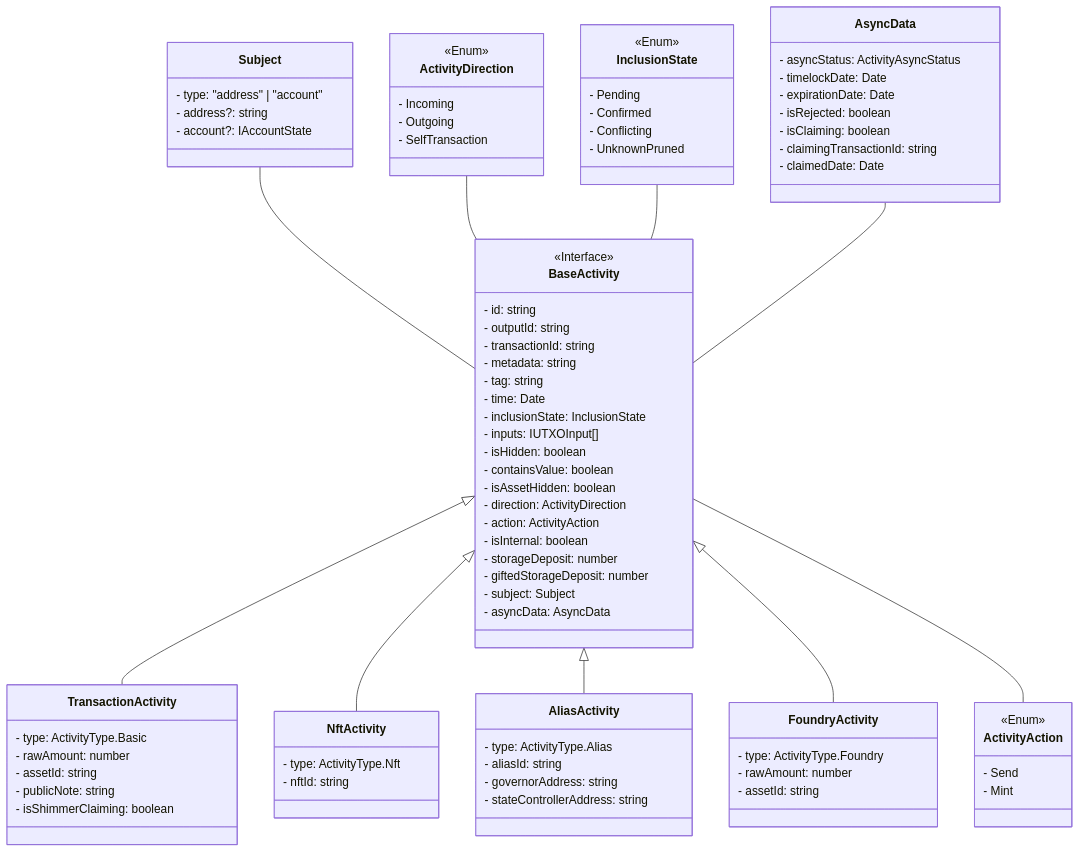
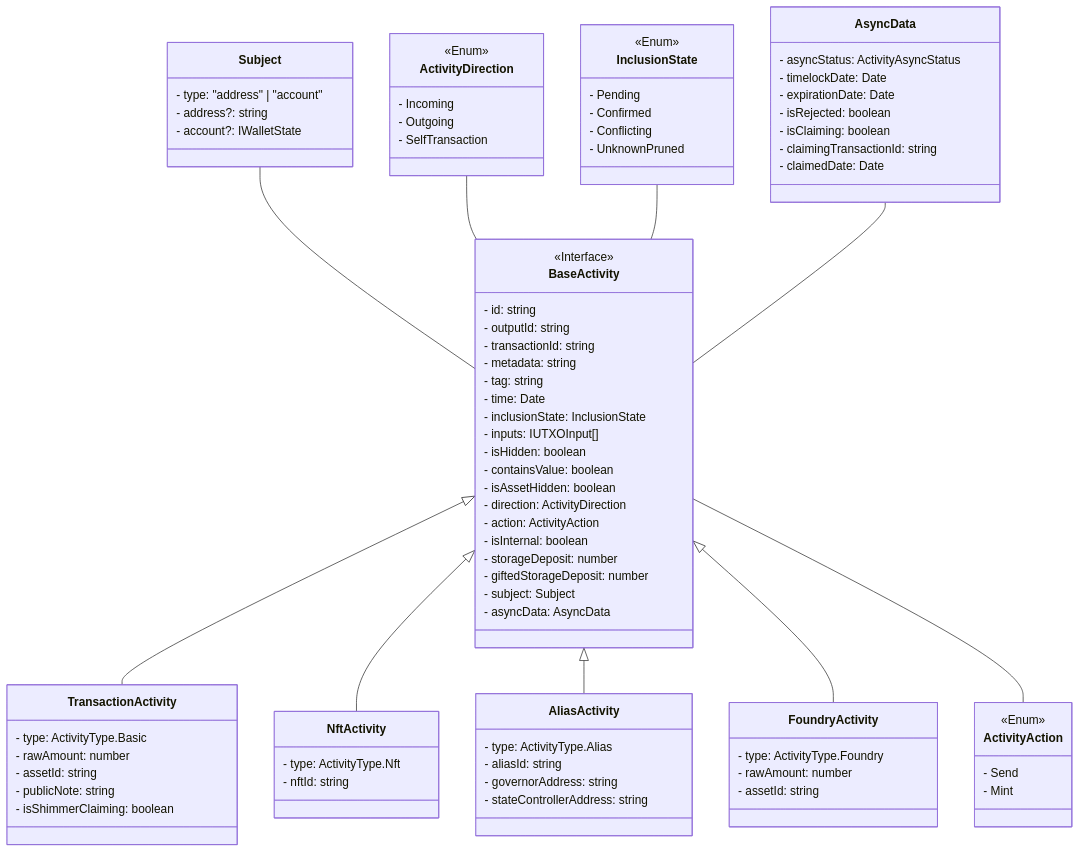
Before and after one commit to iotaledger/firefly: the diagram in docs/specifications/activities/class-diagram.md, drawn with Mermaid. The commit also changed 92 other files, not shown here.

```diff
--- a/docs/specifications/activities/class-diagram.md
+++ b/docs/specifications/activities/class-diagram.md
@@ -63,7 +63,7 @@
     class Subject {
         - type: "address" | "account"
         - address?: string
-        - account?: IAccountState
+        - account?: IWalletState
     }
     class Activity Direction {
         <<Enum>>
```
